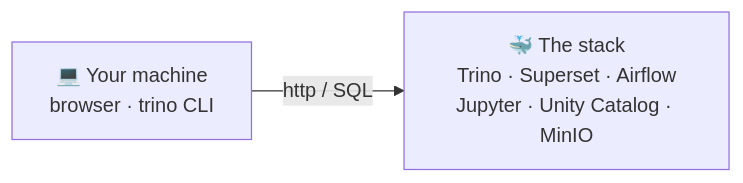
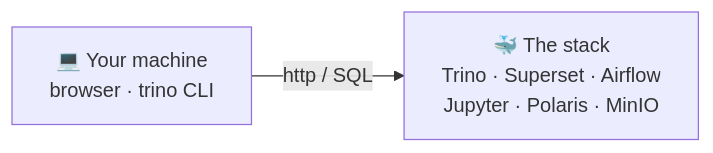
The diagram in training/docs/setup/prerequisites.md (maarthala/databrick-local-simulator), drawn with Mermaid before and after one commit. The commit also changed other lines of this file and 4 other files, not shown here.

First line of the commit message:
docs+make: reconcile setup docs with the Keycloak-free Polaris stack

````diff
--- a/training/docs/setup/prerequisites.md
+++ b/training/docs/setup/prerequisites.md
@@ -13,4 +13,4 @@
 ```mermaid
 flowchart LR
-  YOU["💻 Your machine<br/>browser · trino CLI"] -->|http / SQL| STACK["🐳 The stack<br/>Trino · Superset · Airflow<br/>Jupyter · Unity Catalog · MinIO"]
+  YOU["💻 Your machine<br/>browser · trino CLI"] -->|http / SQL| STACK["🐳 The stack<br/>Trino · Superset · Airflow<br/>Jupyter · Polaris · MinIO"]
 ```
````
